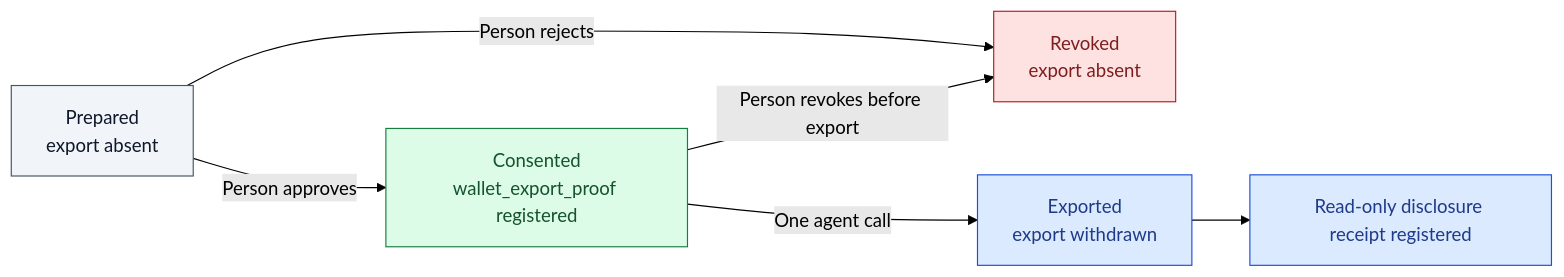
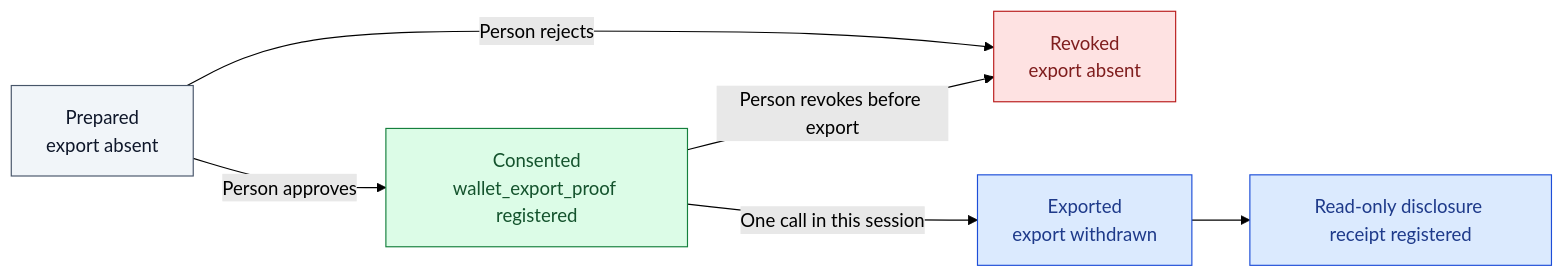
Before and after one commit to amanmaqsood/proof-courier: the second of 3 diagrams in README.md, drawn with Mermaid (forest theme). The commit also changed other lines of this file and 31 other files, not shown here.

````diff
--- a/README.md
+++ b/README.md
@@ -72,17 +72,17 @@
 ```mermaid
 flowchart LR
     P["Prepared<br/>export absent"] -->|Person approves| C["Consented<br/>wallet_export_proof registered"]
     P -->|Person rejects| R["Revoked<br/>export absent"]
     C -->|Person revokes before export| R
-    C -->|One agent call| E["Exported<br/>export withdrawn"]
+    C -->|One call in this session| E["Exported<br/>export withdrawn"]
     E --> Q["Read-only disclosure receipt registered"]
 
     classDef locked fill:#f1f5f9,stroke:#475569,color:#0f172a
     classDef live fill:#dcfce7,stroke:#15803d,color:#14532d
     classDef stopped fill:#fee2e2,stroke:#b91c1c,color:#7f1d1d
     classDef receipt fill:#dbeafe,stroke:#1d4ed8,color:#1e3a8a
     class P locked
     class C live
     class R stopped
     class E,Q receipt
 ```
````
